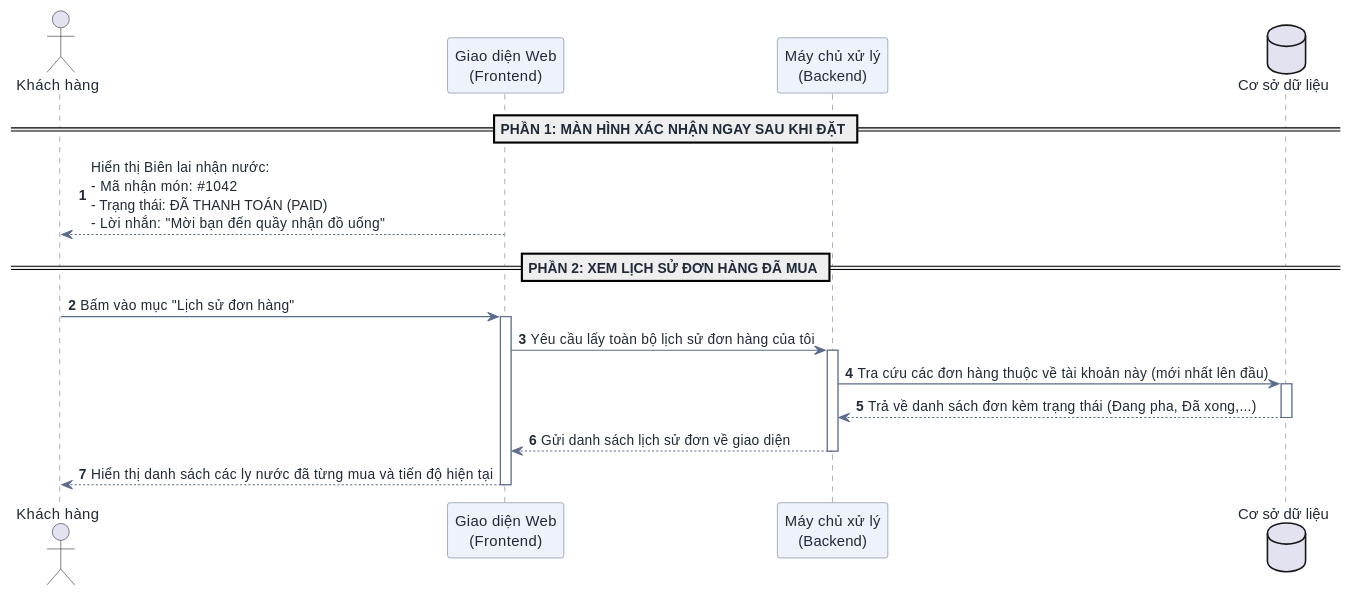
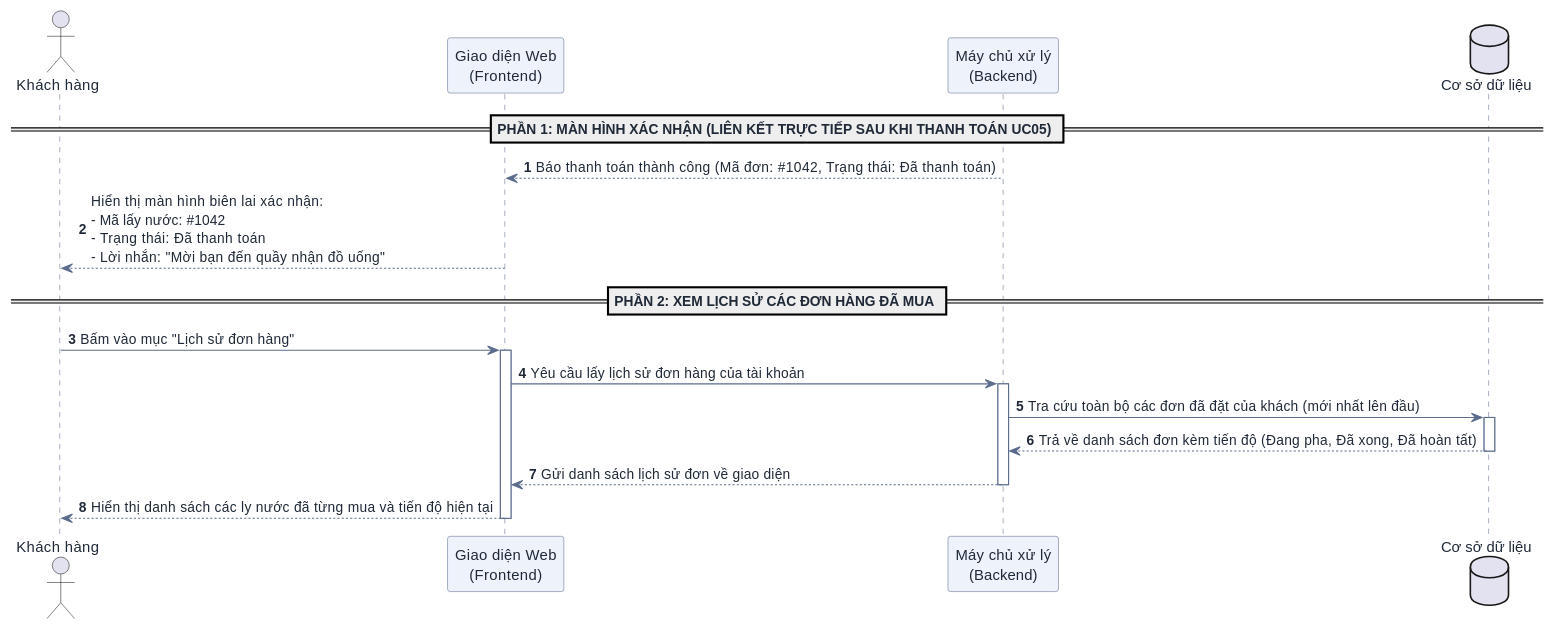
One commit to DuVinhLoi/BrewLite changed the sixth of 6 diagrams in docs/user-sequence-specifications.md. Above: the diagram before and after it, drawn with PlantUML. The commit also changed other lines of this file, not shown here.

First line of the commit message:
docs: refine user sequence diagrams with task 10 criteria and rest alignment

````diff
--- a/docs/user-sequence-specifications.md
+++ b/docs/user-sequence-specifications.md
@@ -384,35 +418,36 @@
 ```plantuml
 @startuml
 skinparam DefaultFontColor #1f2937
 skinparam ArrowColor #5b6b8c
 skinparam SequenceParticipantBackgroundColor #eef2fb
 skinparam SequenceParticipantBorderColor #5b6b8c
 skinparam SequenceLifeLineBorderColor #5b6b8c
 
 autonumber
 actor "Khách hàng" as User
 participant "Giao diện Web\n(Frontend)" as FE
 participant "Máy chủ xử lý\n(Backend)" as BE
 database "Cơ sở dữ liệu" as DB
 
-== PHẦN 1: MÀN HÌNH XÁC NHẬN NGAY SAU KHI ĐẶT ==
-FE --> User : Hiển thị Biên lai nhận nước:\n- Mã nhận món: #1042\n- Trạng thái: ĐÃ THANH TOÁN (PAID)\n- Lời nhắn: "Mời bạn đến quầy nhận đồ uống"
+== PHẦN 1: MÀN HÌNH XÁC NHẬN (LIÊN KẾT TRỰC TIẾP SAU KHI THANH TOÁN UC05) ==
+BE --> FE : Báo thanh toán thành công (Mã đơn: #1042, Trạng thái: Đã thanh toán)
+FE --> User : Hiển thị màn hình biên lai xác nhận:\n- Mã lấy nước: #1042\n- Trạng thái: Đã thanh toán\n- Lời nhắn: "Mời bạn đến quầy nhận đồ uống"
 
-== PHẦN 2: XEM LỊCH SỬ ĐƠN HÀNG ĐÃ MUA ==
+== PHẦN 2: XEM LỊCH SỬ CÁC ĐƠN HÀNG ĐÃ MUA ==
 User -> FE : Bấm vào mục "Lịch sử đơn hàng"
 activate FE
-FE -> BE : Yêu cầu lấy toàn bộ lịch sử đơn hàng của tôi
+FE -> BE : Yêu cầu lấy lịch sử đơn hàng của tài khoản
 activate BE
 
-BE -> DB : Tra cứu các đơn hàng thuộc về tài khoản này (mới nhất lên đầu)
+BE -> DB : Tra cứu toàn bộ các đơn đã đặt của khách (mới nhất lên đầu)
 activate DB
-DB --> BE : Trả về danh sách đơn kèm trạng thái (Đang pha, Đã xong,...)
+DB --> BE : Trả về danh sách đơn kèm tiến độ (Đang pha, Đã xong, Đã hoàn tất)
 deactivate DB
 
 BE --> FE : Gửi danh sách lịch sử đơn về giao diện
 deactivate BE
 
 FE --> User : Hiển thị danh sách các ly nước đã từng mua và tiến độ hiện tại
 deactivate FE
 @enduml
 ```
````
